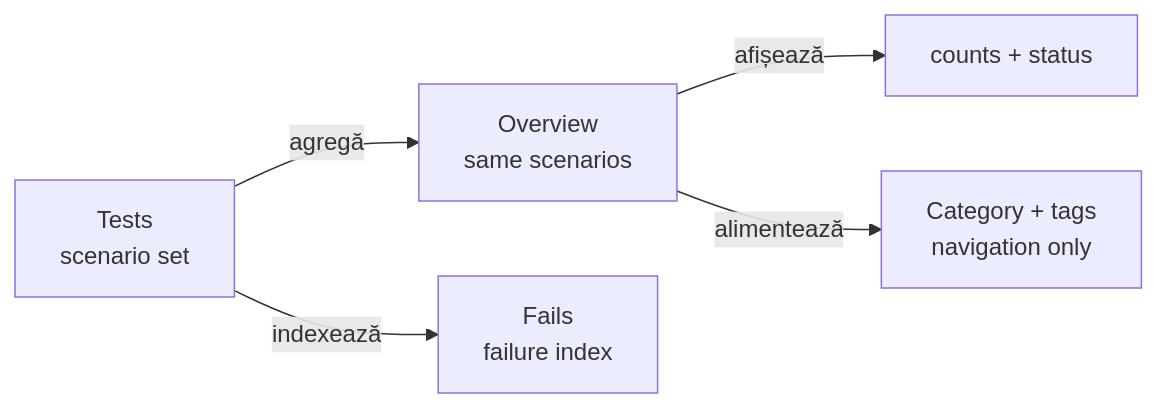
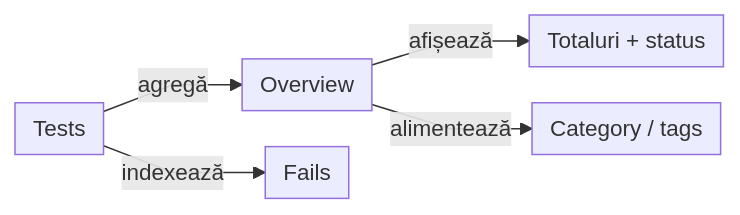
Before and after one commit to crististefanita/atf_j0: the eighth of 11 diagrams in docs/ATF_Reporting_Contract.md, drawn with Mermaid. The commit also changed other lines of this file and 97 other files, not shown here.

````diff
--- a/docs/ATF_Reporting_Contract.md
+++ b/docs/ATF_Reporting_Contract.md
@@ -690,7 +707,8 @@
 ```mermaid
+%%{init: {"themeVariables":{"fontSize":"15px"},"themeCSS":".nodeLabel, .nodeLabel p { font-size: 15px !important; line-height: 1.35 !important; } .edgeLabel, .edgeLabel p { font-size: 12px !important; font-weight: 400 !important; line-height: 1.2 !important; } .edgeLabel .labelBkg, .edgeLabel p { background: transparent !important; } .edgeLabel foreignObject { transform: translateY(-18px); overflow: visible; } .node rect { rx: 6px; ry: 6px; }","flowchart":{"curve":"linear","nodeSpacing":24,"rankSpacing":24,"padding":6,"diagramPadding":20}}}%%
 flowchart LR
-    Tests["Tests<br/>scenario set"] -->|agregă| Overview["Overview<br/>same scenarios"]
-    Overview -->|afișează| Counts["counts + status"]
-    Overview -->|alimentează| Navigation["Category + tags<br/>navigation only"]
-    Tests -->|indexează| Fails["Fails<br/>failure index"]
+    Tests["Tests"] -->|agregă| Overview["Overview"]
+    Overview -->|afișează| Counts["Totaluri + status"]
+    Overview -->|alimentează| Navigation["Category / tags"]
+    Tests -->|indexează| Fails["Fails"]
 ```
````
